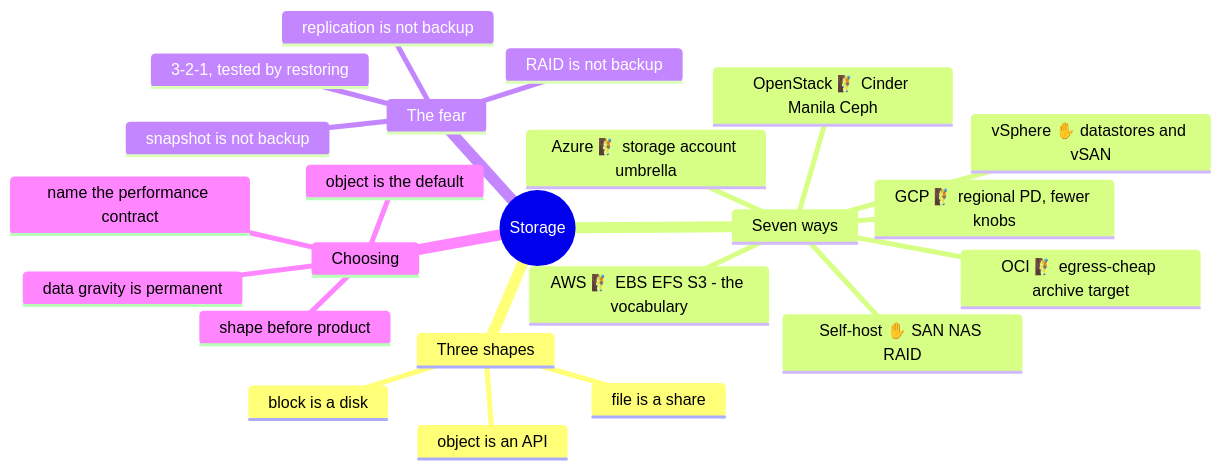
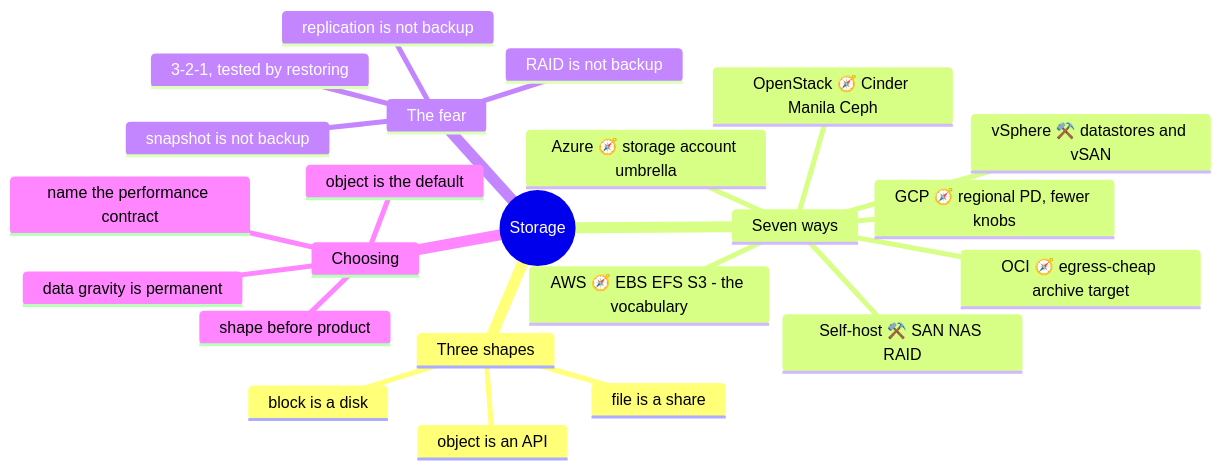
Before and after one commit to vicenteliu/sysadmin-self-cultivation: the second of 2 diagrams in the-stack/04-storage.md, drawn with Mermaid. The commit also changed other lines of this file and 84 other files, not shown here.

First line of the commit message:
docs: carry the markers through the prose — 85 files, mermaid included

````diff
--- a/the-stack/04-storage.md
+++ b/the-stack/04-storage.md
@@ -217,26 +217,26 @@
 ```mermaid
 mindmap
   root((Storage))
     Three shapes
       block is a disk
       file is a share
       object is an API
     Seven ways
-      Self-host ✋ SAN NAS RAID
-      vSphere ✋ datastores and vSAN
-      OpenStack 🧗 Cinder Manila Ceph
-      AWS 🧗 EBS EFS S3 - the vocabulary
-      Azure 🧗 storage account umbrella
-      GCP 🧗 regional PD, fewer knobs
-      OCI 🧗 egress-cheap archive target
+      Self-host ⚒️ SAN NAS RAID
+      vSphere ⚒️ datastores and vSAN
+      OpenStack 🧭 Cinder Manila Ceph
+      AWS 🧭 EBS EFS S3 - the vocabulary
+      Azure 🧭 storage account umbrella
+      GCP 🧭 regional PD, fewer knobs
+      OCI 🧭 egress-cheap archive target
     The fear
       RAID is not backup
       snapshot is not backup
       replication is not backup
       3-2-1, tested by restoring
     Choosing
       shape before product
       object is the default
       name the performance contract
       data gravity is permanent
 ```
````
